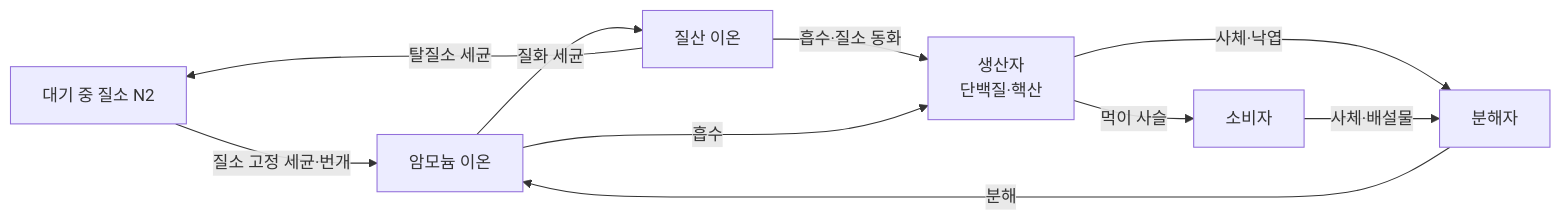
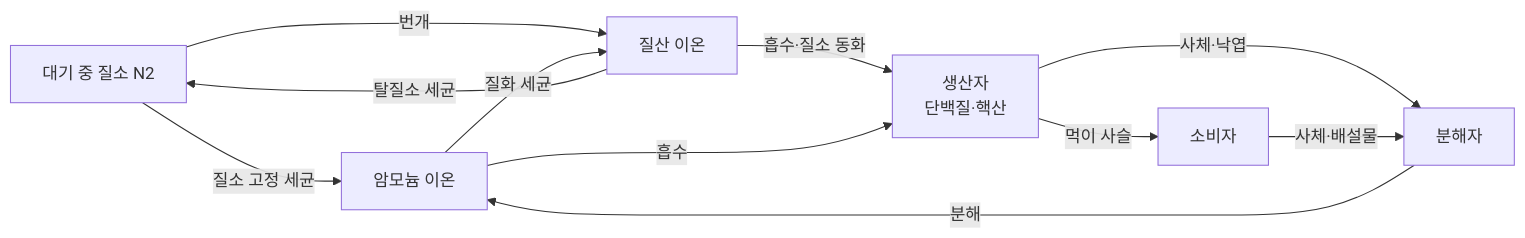
The fifth of 5 diagrams in 고등학교_일반선택/생명과학/bio-1_생명_시스템의_구성.md (EricKOR1/sciencebook), drawn with Mermaid before and after one commit. The commit also changed other lines of this file and 23 other files, not shown here.

````diff
--- a/고등학교_일반선택/생명과학/bio-1_생명_시스템의_구성.md
+++ b/고등학교_일반선택/생명과학/bio-1_생명_시스템의_구성.md
@@ -526,12 +526,13 @@
 ```mermaid
 flowchart LR
-    N2["대기 중 질소 N2"] -->|"질소 고정 세균·번개"| NH["암모늄 이온"]
+    N2["대기 중 질소 N2"] -->|"질소 고정 세균"| NH["암모늄 이온"]
+    N2 -->|"번개"| NO
     NH -->|"질화 세균"| NO["질산 이온"]
     NO -->|"흡수·질소 동화"| P["생산자<br/>단백질·핵산"]
     NH -->|"흡수"| P
     P -->|"먹이 사슬"| C["소비자"]
     P -->|"사체·낙엽"| D["분해자"]
     C -->|"사체·배설물"| D
     D -->|"분해"| NH
     NO -->|"탈질소 세균"| N2
 ```
````
